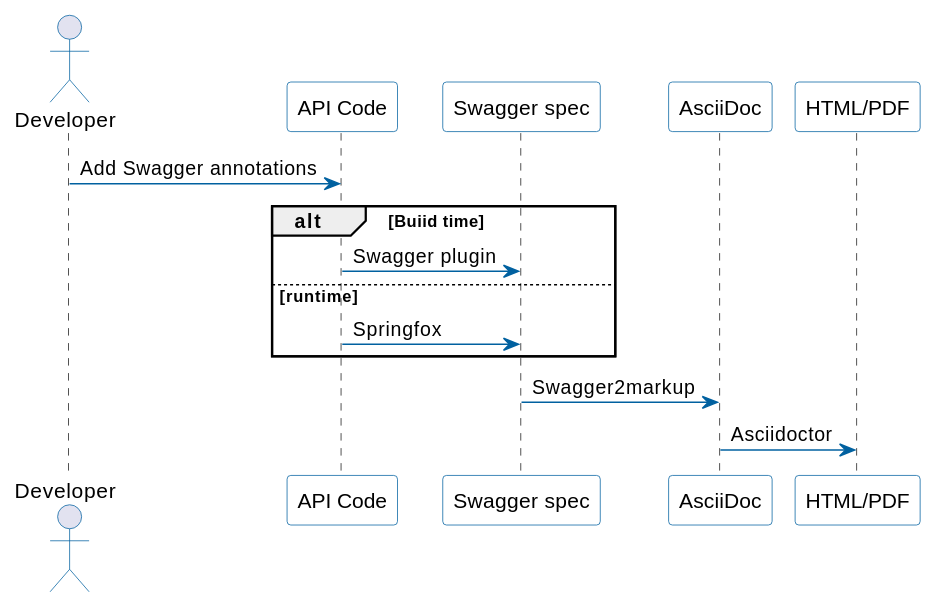
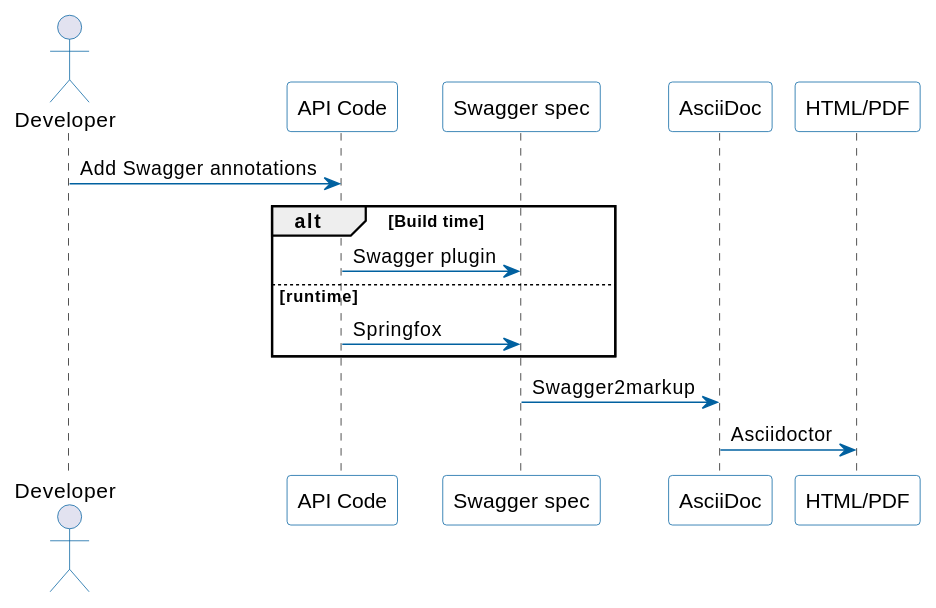
Before and after one commit to dcporter65/swagger-asciidoc-primer: the diagram in src/asciidoc/index.adoc, drawn with PlantUML. The commit also changed other lines of this file and 2 other files, not shown here.

```diff
--- a/src/asciidoc/index.adoc
+++ b/src/asciidoc/index.adoc
@@ -12,28 +12,28 @@
 [plantuml, ./diagram, png]
 ....
 @startuml
 
 skinparam sequence {
   ActorBorderColor #0061a0
   ArrowColor #0061a0
   ParticipantBackgroundColor White
   ParticipantBorderColor #0061a0
 }
 
 actor Developer
 participant "API Code" as API
 participant "Swagger spec" as Swag
 participant "AsciiDoc" as Adoc
 participant "HTML/PDF" as Html
 
 Developer -> API: Add Swagger annotations
-alt Buiid time
+alt Build time
     API -> Swag: Swagger plugin
 else runtime
     API -> Swag: Springfox
 end
 Swag -> Adoc: Swagger2markup
 Adoc -> Html: Asciidoctor
 
 @enduml
 ....
```
